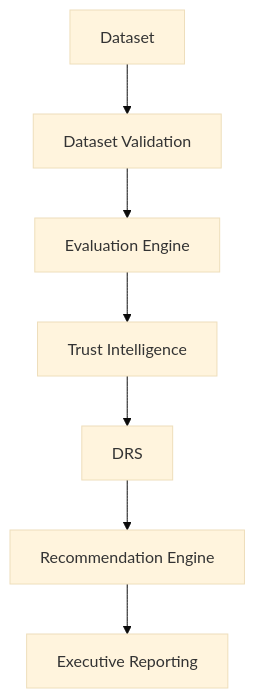
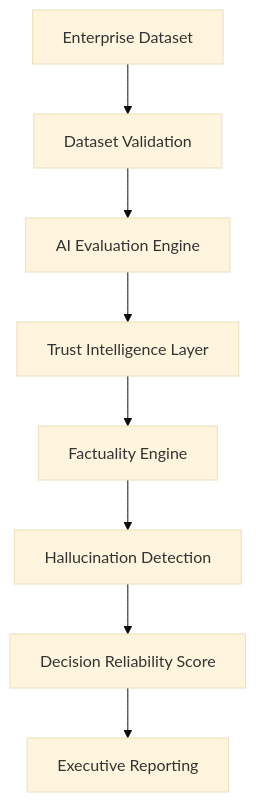
The diagram in README.md (TheFoundrys/openvals-website), drawn with Mermaid (base theme) before and after one commit. The commit also changed other lines of this file and 1 other file, not shown here.

````diff
--- a/README.md
+++ b/README.md
@@ -229,9 +310,10 @@
 ```mermaid
 graph TD
-    A[Dataset] --> B[Dataset Validation]
-    B --> C[Evaluation Engine]
-    C --> D[Trust Intelligence]
-    D --> E[DRS]
-    E --> F[Recommendation Engine]
-    F --> G[Executive Reporting]
+    A[Enterprise Dataset] --> B[Dataset Validation]
+    B --> C[AI Evaluation Engine]
+    C --> D[Trust Intelligence Layer]
+    D --> E[Factuality Engine]
+    E --> F[Hallucination Detection]
+    F --> G[Decision Reliability Score]
+    G --> H[Executive Reporting]
 ```
````
